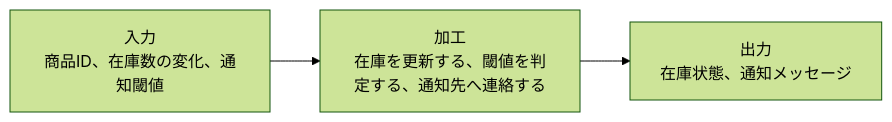
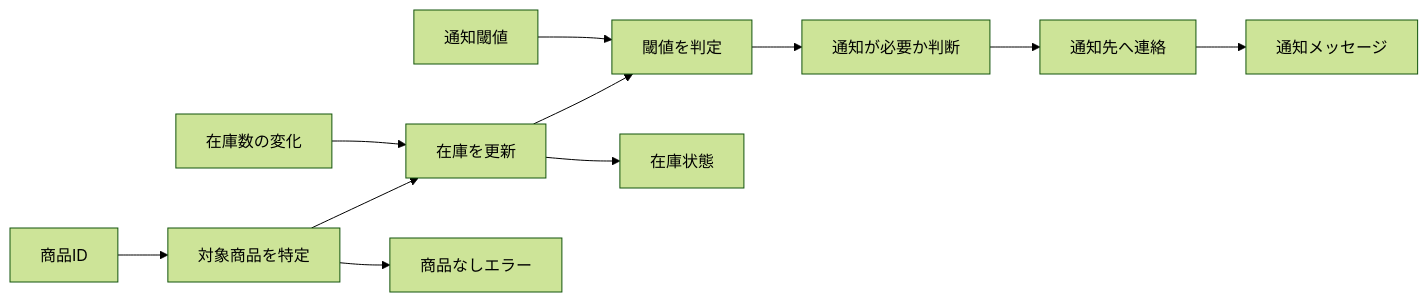
The first of 6 diagrams in kindle/design-patterns/output/chapter07.md (kumachan1101-pixel/DesignPattern), drawn with Mermaid (forest theme) before and after one commit. The commit also changed 14 other files, not shown here.

Commit message:
fix: 仕様フロー図を細分化

````diff
--- a/kindle/design-patterns/output/chapter07.md
+++ b/kindle/design-patterns/output/chapter07.md
@@ -30,8 +30,13 @@
 ```mermaid
 flowchart LR
-    I["入力<br/>商品ID、在庫数の変化、通知閾値"]
-    P["加工<br/>在庫を更新する、閾値を判定する、通知先へ連絡する"]
-    O["出力<br/>在庫状態、通知メッセージ"]
-
-    I --> P --> O
+    A["商品ID"] --> B["対象商品を特定"]
+    C["在庫数の変化"] --> D["在庫を更新"]
+    E["通知閾値"] --> F["閾値を判定"]
+    B --> D
+    D --> F
+    F --> G["通知が必要か判断"]
+    G --> H["通知先へ連絡"]
+    D --> I["在庫状態"]
+    H --> J["通知メッセージ"]
+    B --> K["商品なしエラー"]
 ```
````
